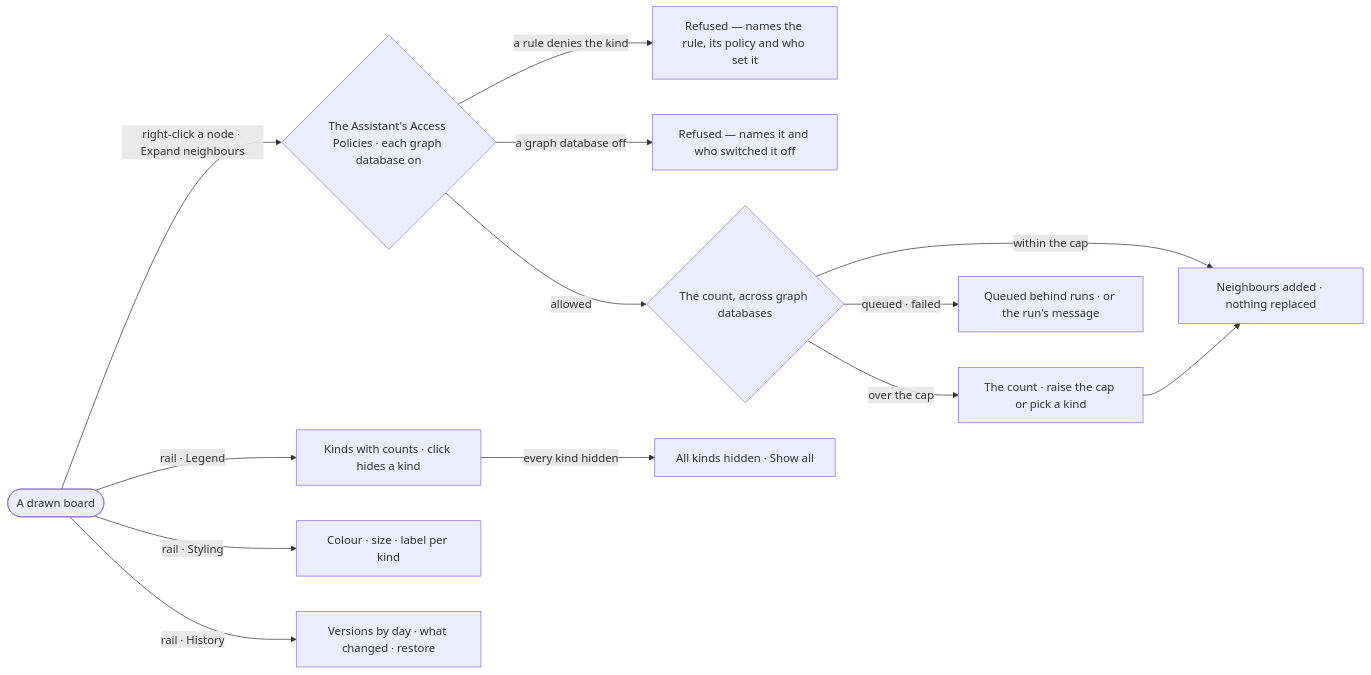
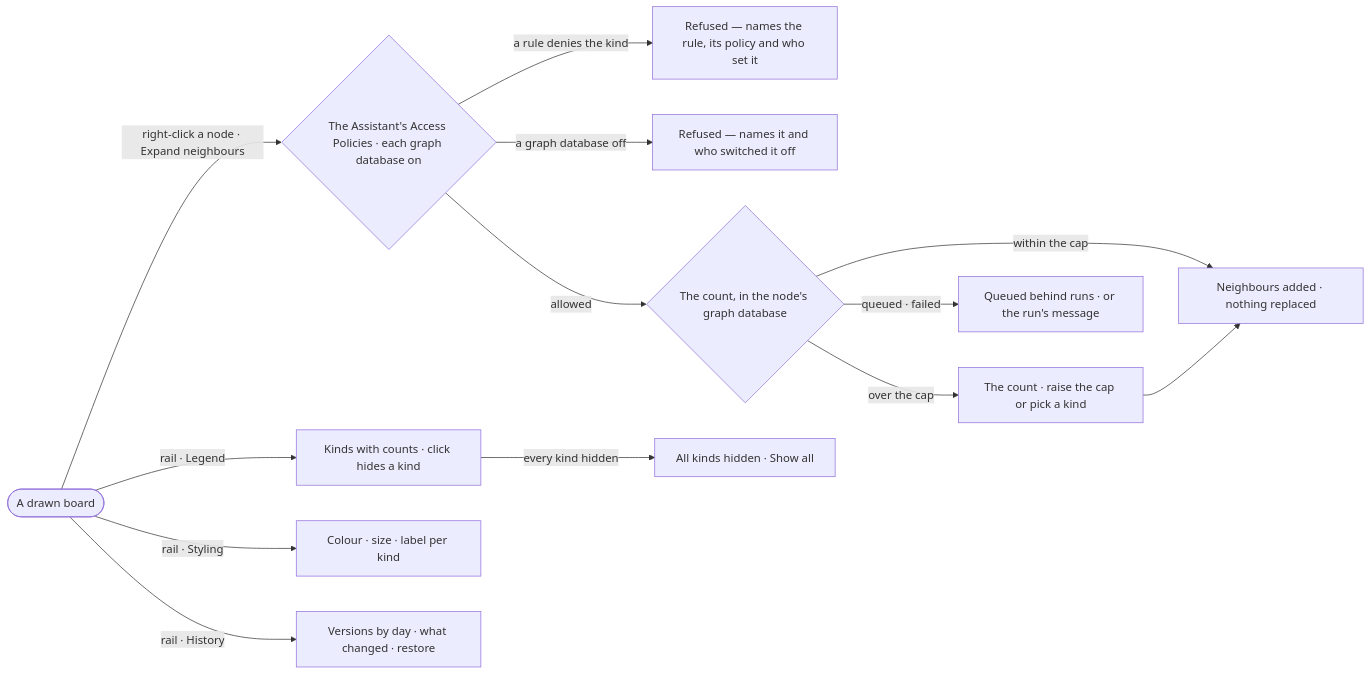
The diagram in specs/capabilities/explore/features/EX-F01-the-board-and-its-canvas/stories/EX-09-shape-the-board-by-hand/story.md (invana/invana), drawn with Mermaid before and after one commit. The commit also changed other lines of this file and 54 other files, not shown here.

First line of the commit message:
docs(specs): many graph databases by access, links within one database, Model views restored

````diff
--- a/specs/capabilities/explore/features/EX-F01-the-board-and-its-canvas/stories/EX-09-shape-the-board-by-hand/story.md
+++ b/specs/capabilities/explore/features/EX-F01-the-board-and-its-canvas/stories/EX-09-shape-the-board-by-hand/story.md
@@ -28,14 +28,14 @@
 ```mermaid
 flowchart LR
   a([A drawn board]) -->|right-click a node · Expand neighbours| ck{"The Assistant's Access Policies · each graph database on"}
   ck -->|a rule denies the kind| r["Refused — names the rule, its policy and who set it"]
   ck -->|a graph database off| off["Refused — names it and who switched it off"]
-  ck -->|allowed| c{The count, across graph databases}
+  ck -->|allowed| c{The count, in the node's graph database}
   c -->|within the cap| d["Neighbours added · nothing replaced"]
   c -->|over the cap| k["The count · raise the cap or pick a kind"] --> d
   c -->|queued · failed| q["Queued behind runs · or the run's message"]
   a -->|rail · Legend| l["Kinds with counts · click hides a kind"]
   l -->|every kind hidden| s["All kinds hidden · Show all"]
   a -->|rail · Styling| st["Colour · size · label per kind"]
   a -->|rail · History| h["Versions by day · what changed · restore"]
 ```
````
